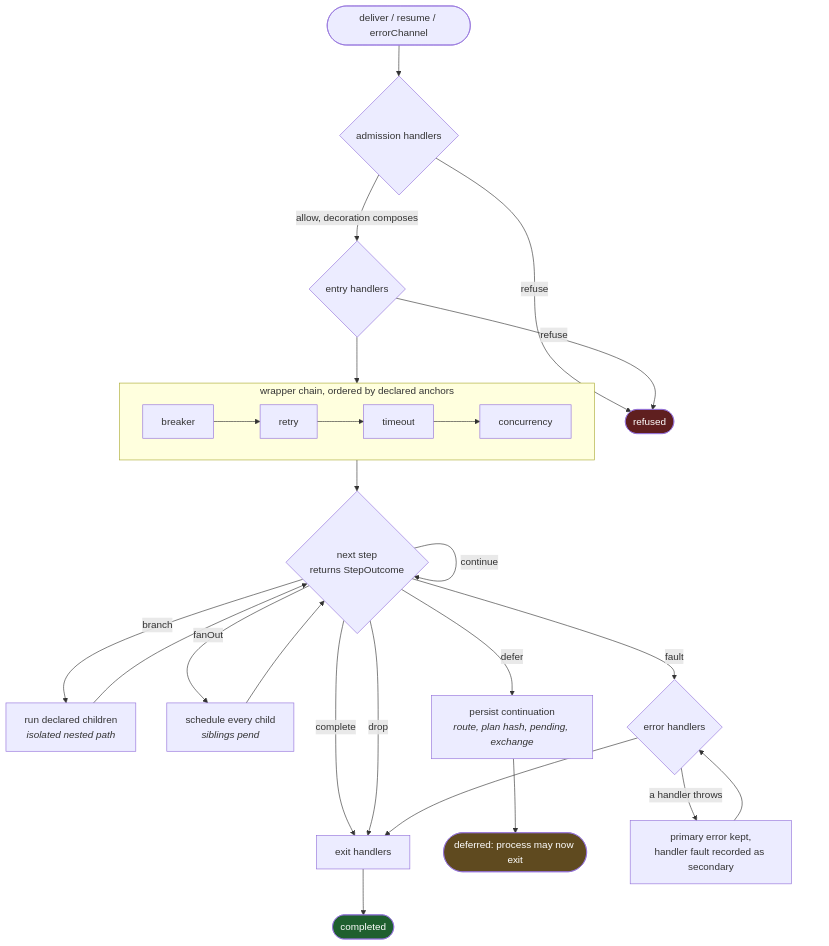
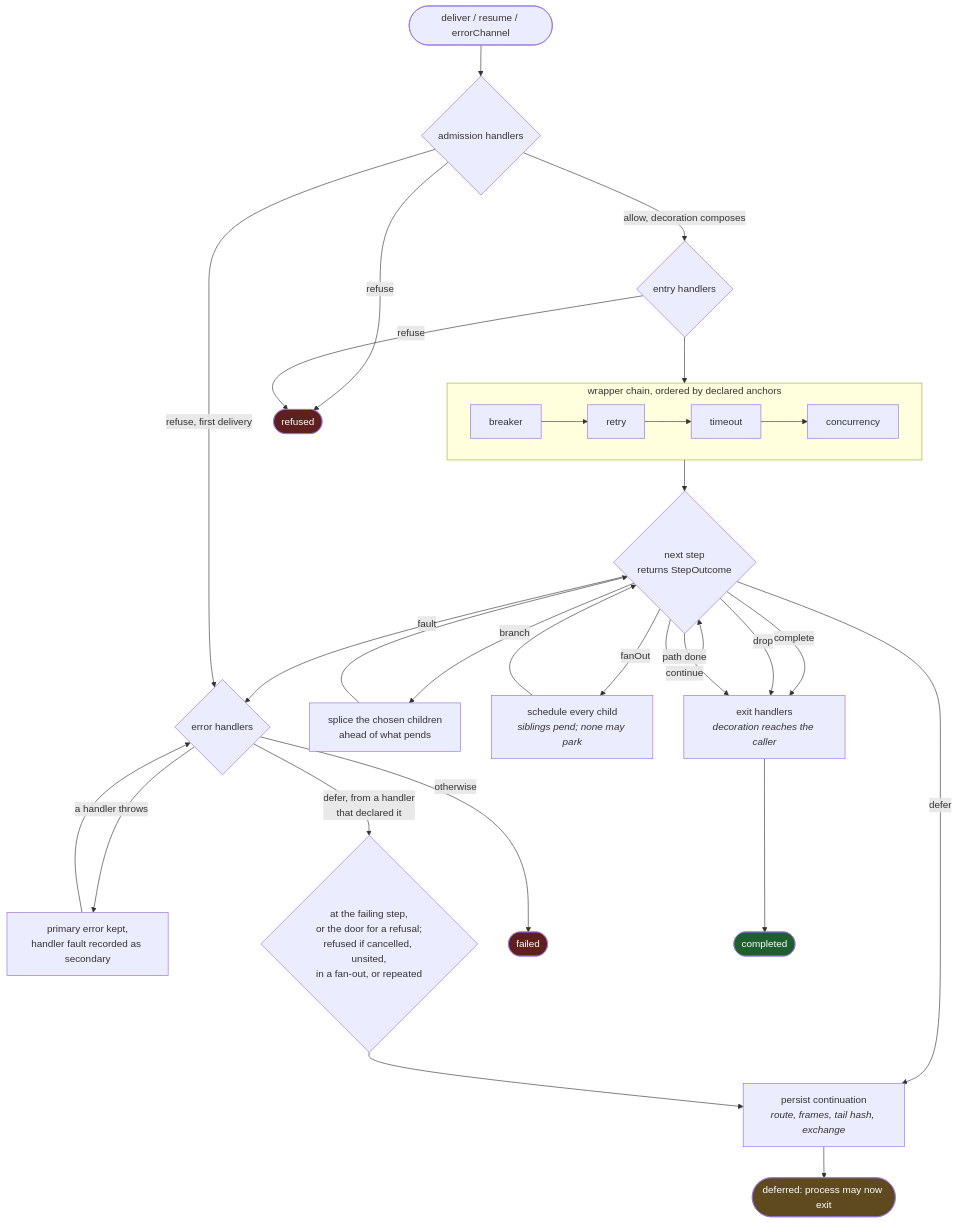
Before and after one commit to routecraftjs/routecraft: the fourth of 6 diagrams in spikes/plugin-architecture/DIAGRAMS-MECHANISM.md, drawn with Mermaid. The commit also changed other lines of this file and 14 other files, not shown here.

First line of the commit message:
fix(spike): close the round 7f review and let the door lend within the recorded refusal

````diff
--- a/spikes/plugin-architecture/DIAGRAMS-MECHANISM.md
+++ b/spikes/plugin-architecture/DIAGRAMS-MECHANISM.md
@@ -172,33 +172,38 @@
 ```mermaid
 flowchart TD
     D(["deliver / resume / errorChannel"]) --> ADM{"admission handlers"}
     ADM -->|"refuse"| REF(["refused"])
     ADM -->|"allow, decoration composes"| ENT{"entry handlers"}
     ENT -->|"refuse"| REF
     ENT --> W
 
     subgraph W["wrapper chain, ordered by declared anchors"]
         direction LR
         BR["breaker"] --> RT["retry"] --> TO["timeout"] --> CC["concurrency"]
     end
 
     W --> LOOP{"next step<br/>returns StepOutcome"}
     LOOP -->|"continue"| LOOP
     LOOP -->|"complete"| EXIT
     LOOP -->|"drop"| EXIT
-    LOOP -->|"branch"| NEST["run declared children<br/><i>isolated nested path</i>"]
+    LOOP -->|"branch"| NEST["splice the chosen children<br/>ahead of what pends"]
     NEST --> LOOP
-    LOOP -->|"fanOut"| FAN["schedule every child<br/><i>siblings pend</i>"]
+    LOOP -->|"fanOut"| FAN["schedule every child<br/><i>siblings pend; none may park</i>"]
     FAN --> LOOP
-    LOOP -->|"defer"| SAVE["persist continuation<br/><i>route, plan hash, pending, exchange</i>"]
+    LOOP -->|"defer"| SAVE["persist continuation<br/><i>route, frames, tail hash, exchange</i>"]
     SAVE --> PARK(["deferred: process may now exit"])
     LOOP -->|"fault"| ERRH{"error handlers"}
+    ADM -->|"refuse, first delivery"| ERRH
     ERRH -->|"a handler throws"| SEC["primary error kept,<br/>handler fault recorded as secondary"]
     SEC --> ERRH
-    ERRH --> EXIT["exit handlers"]
+    ERRH -->|"defer, from a handler<br/>that declared it"| SITE{"at the failing step,<br/>or the door for a refusal;<br/>refused if cancelled, unsited,<br/>in a fan-out, or repeated"}
+    SITE --> SAVE
+    ERRH -->|"otherwise"| FAIL(["failed"])
+    LOOP -->|"path done"| EXIT["exit handlers<br/><i>decoration reaches the caller</i>"]
     EXIT --> DONE(["completed"])
 
     style PARK fill:#5f4a1f,color:#fff
     style DONE fill:#1f5f2f,color:#fff
     style REF fill:#5f1f1f,color:#fff
+    style FAIL fill:#5f1f1f,color:#fff
 ```
````
